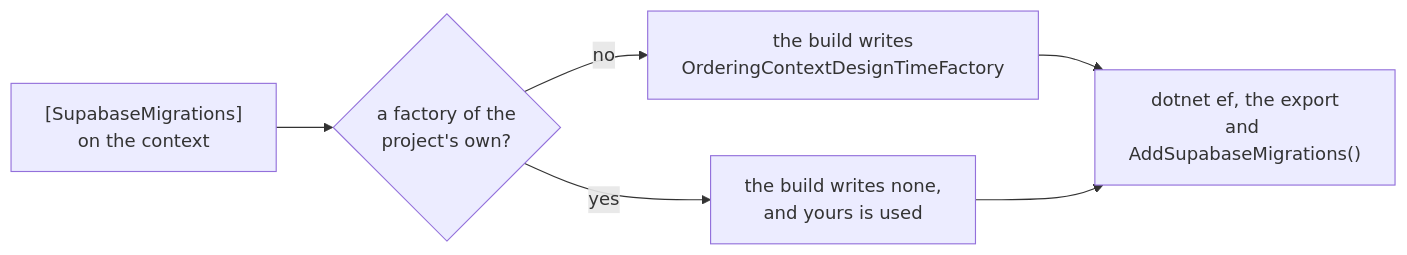
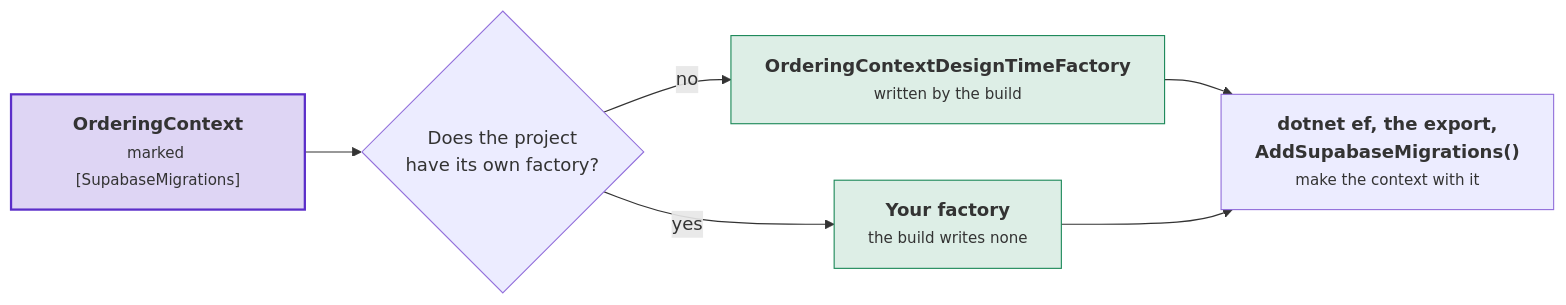
One commit to DylanSnel/DDDToolkit changed the second of 10 diagrams in docs/supabase.md. Above: the diagram before and after it, drawn with Mermaid. The commit also changed other lines of this file and 41 other files, not shown here.

First line of the commit message:
Docs: plain prose, one word per concept, and readable diagrams on every page

````diff
--- a/docs/supabase.md
+++ b/docs/supabase.md
@@ -72,8 +86,17 @@
 ```mermaid
 flowchart LR
-    Marked["[SupabaseMigrations]<br/>on the context"] --> Own{"a factory of the<br/>project's own?"}
-    Own -- "no" --> Written["the build writes<br/>OrderingContextDesignTimeFactory"]
-    Own -- "yes" --> Yours["the build writes none,<br/>and yours is used"]
-    Written --> Users["dotnet ef, the export<br/>and AddSupabaseMigrations()"]
-    Yours --> Users
+    marked["<b>OrderingContext</b><br/><small>marked [SupabaseMigrations]</small>"]
+    own{"Does the project<br/>have its own factory?"}
+    written["<b>OrderingContextDesignTimeFactory</b><br/><small>written by the build</small>"]
+    yours["<b>Your factory</b><br/><small>the build writes none</small>"]
+    users["<b>dotnet ef, the export,<br/>AddSupabaseMigrations()</b><br/><small>make the context with it</small>"]
+    marked --> own
+    own -- no --> written
+    own -- yes --> yours
+    written --> users
+    yours --> users
+    classDef strong fill:#5b2ec933,stroke:#5b2ec9,stroke-width:2px
+    classDef good fill:#1f8a5b26,stroke:#1f8a5b
+    class marked strong
+    class written,yours good
 ```
````
